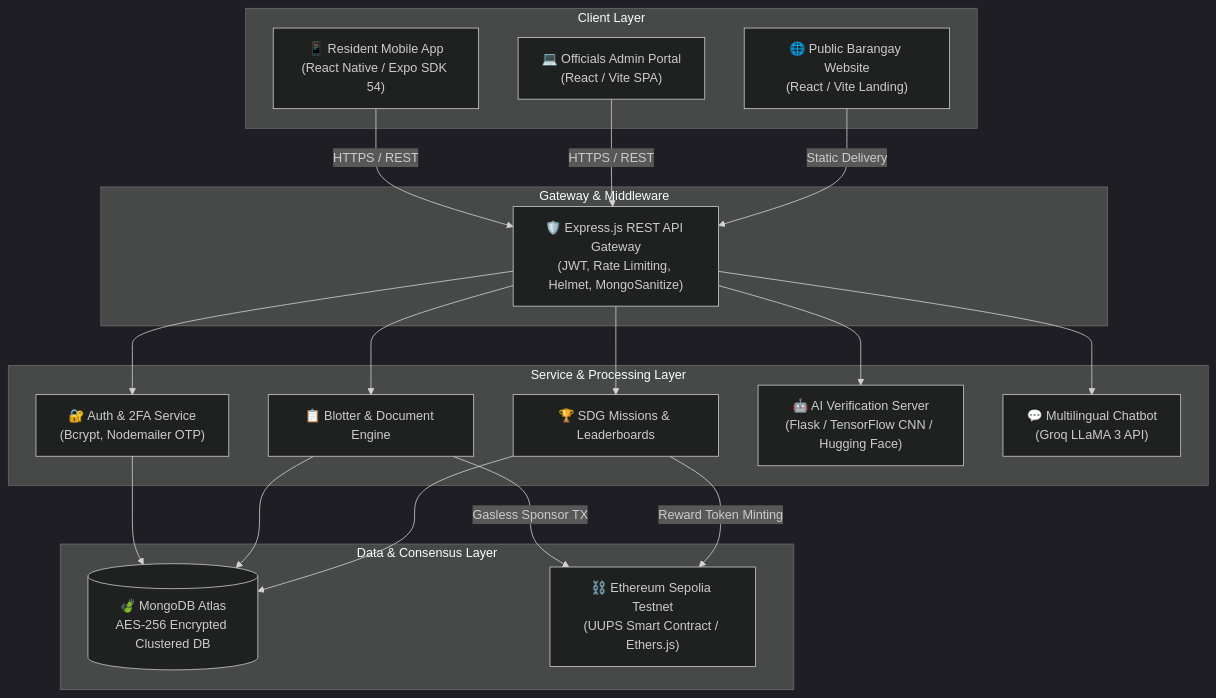
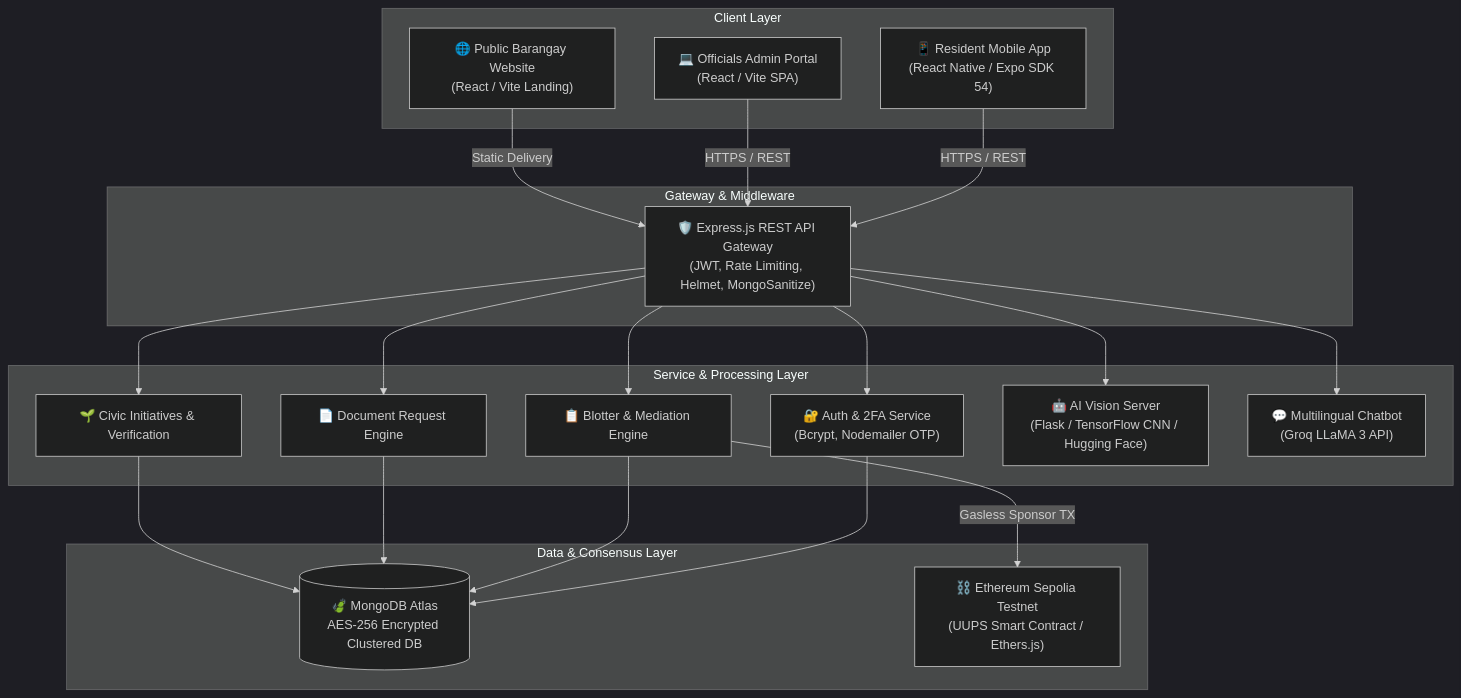
Before and after one commit to kurtgitgit/mission17: the diagram in README.md, drawn with Mermaid (dark theme). The commit also changed other lines of this file and 13 other files, not shown here.

````diff
--- a/README.md
+++ b/README.md
@@ -37,41 +38,43 @@
 ```mermaid
 graph TD
     subgraph Client Layer
         Mobile["📱 Resident Mobile App<br/>(React Native / Expo SDK 54)"]
         Admin["💻 Officials Admin Portal<br/>(React / Vite SPA)"]
         WebPortal["🌐 Public Barangay Website<br/>(React / Vite Landing)"]
     end
 
     subgraph Gateway & Middleware
         Gateway["🛡️ Express.js REST API Gateway<br/>(JWT, Rate Limiting, Helmet, MongoSanitize)"]
     end
 
     subgraph Service & Processing Layer
         AuthSvc["🔐 Auth & 2FA Service<br/>(Bcrypt, Nodemailer OTP)"]
-        BlotterSvc["📋 Blotter & Document Engine"]
-        MissionSvc["🏆 SDG Missions & Leaderboards"]
-        AIServer["🤖 AI Verification Server<br/>(Flask / TensorFlow CNN / Hugging Face)"]
+        BlotterSvc["📋 Blotter & Mediation Engine"]
+        DocSvc["📄 Document Request Engine"]
+        CivicSvc["🌱 Civic Initiatives & Verification"]
+        AIServer["🤖 AI Vision Server<br/>(Flask / TensorFlow CNN / Hugging Face)"]
         LLM["💬 Multilingual Chatbot<br/>(Groq LLaMA 3 API)"]
     end
 
     subgraph Data & Consensus Layer
         MongoDB[(🍃 MongoDB Atlas<br/>AES-256 Encrypted Clustered DB)]
         Blockchain["⛓️ Ethereum Sepolia Testnet<br/>(UUPS Smart Contract / Ethers.js)"]
     end
 
     Mobile -->|HTTPS / REST| Gateway
     Admin -->|HTTPS / REST| Gateway
     WebPortal -->|Static Delivery| Gateway
 
     Gateway --> AuthSvc
     Gateway --> BlotterSvc
-    Gateway --> MissionSvc
+    Gateway --> DocSvc
+    Gateway --> CivicSvc
     Gateway --> AIServer
     Gateway --> LLM
 
     AuthSvc --> MongoDB
     BlotterSvc --> MongoDB
-    MissionSvc --> MongoDB
+    DocSvc --> MongoDB
+    CivicSvc --> MongoDB
     BlotterSvc -->|Gasless Sponsor TX| Blockchain
-    MissionSvc -->|Reward Token Minting| Blockchain
 ```
````
